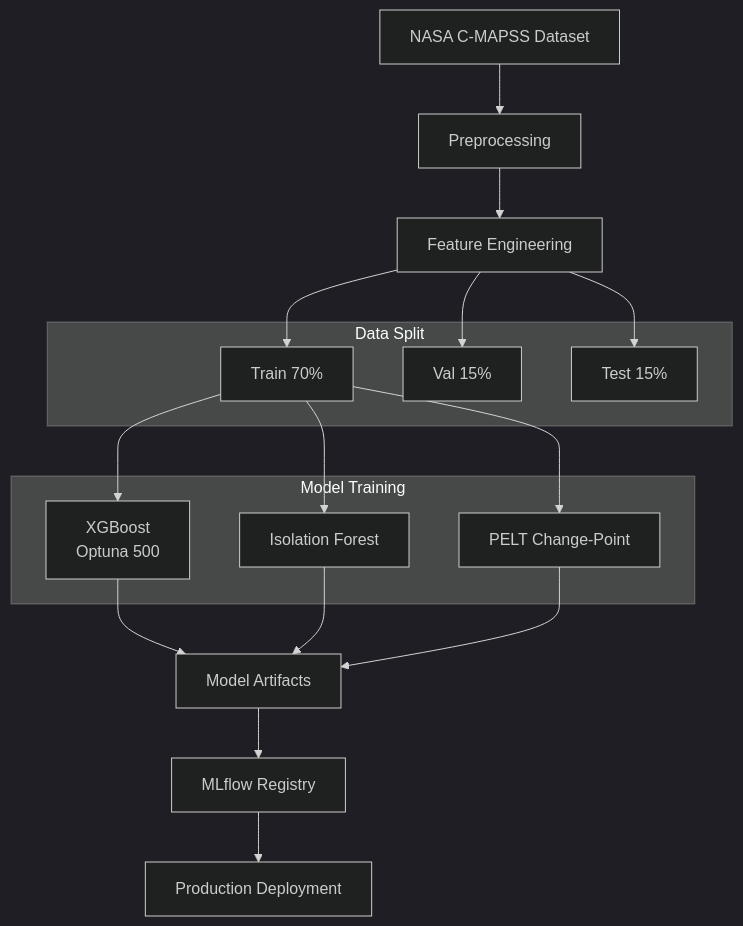
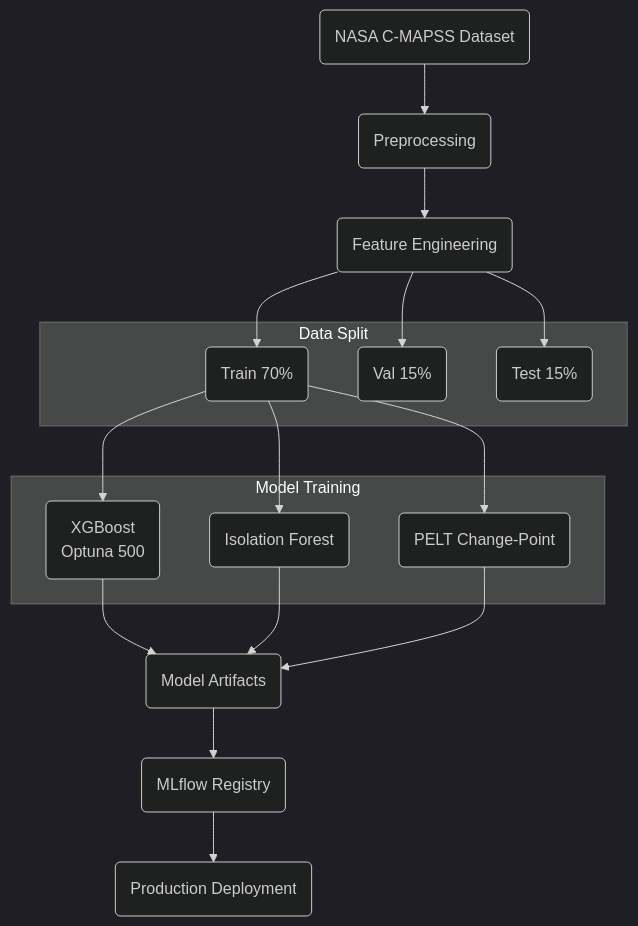
The first of 3 diagrams in docs/PHASE12_SUMMARY.md (singh7985/Agentic-Early-Warning-Intelligence-System-for-Silent-System-Failures), drawn with Mermaid (dark theme) before and after one commit. The commit also changed 1 other file, not shown here.

Commit message:
version 6.0

````diff
--- a/docs/PHASE12_SUMMARY.md
+++ b/docs/PHASE12_SUMMARY.md
@@ -43,32 +43,32 @@
 ```mermaid
-flowchart TD
-    D["NASA C-MAPSS Dataset"] --> P["Preprocessing"]
-    P --> FE["Feature Engineering"]
+graph TD
+    D("NASA C-MAPSS Dataset") --> P("Preprocessing")
+    P --> FE("Feature Engineering")
     
     subgraph SPLIT [Data Split]
-        Train["Train 70%"]
-        Val["Val 15%"]
-        Test["Test 15%"]
+        Train("Train 70%")
+        Val("Val 15%")
+        Test("Test 15%")
     end
 
     FE --> Train
     FE --> Val
     FE --> Test
     
     subgraph MODELS [Model Training]
-        XGB["XGBoost<br>Optuna 500"]
-        IF["Isolation Forest"]
-        PELT["PELT Change-Point"]
+        XGB("XGBoost<br/>Optuna 500")
+        IF("Isolation Forest")
+        PELT("PELT Change-Point")
     end
     
     Train --> XGB
     Train --> IF
     Train --> PELT
 
-    XGB --> Artifacts["Model Artifacts"]
+    XGB --> Artifacts("Model Artifacts")
     IF --> Artifacts
     PELT --> Artifacts
 
-    Artifacts --> Registry["MLflow Registry"]
-    Registry --> Deploy["Production Deployment"]
+    Artifacts --> Registry("MLflow Registry")
+    Registry --> Deploy("Production Deployment")
 ```
````
